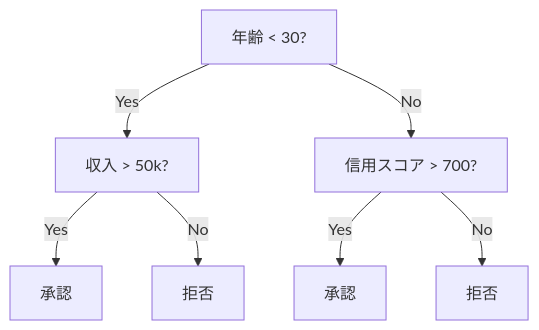
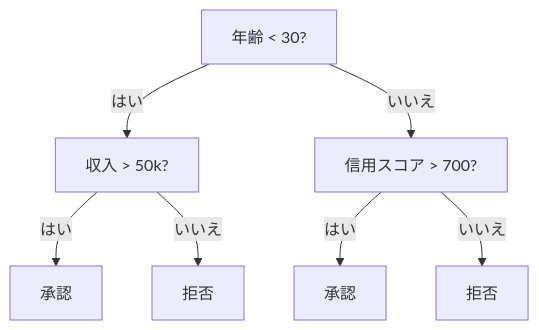
The first of 2 diagrams in content/phases/02-ml-fundamentals/04-decision-trees/lesson.ja.md (shoshoshomen/synapse-academy), drawn with Mermaid before and after one commit. The commit also changed 124 other files, not shown here.

First line of the commit message:
feat(i18n): mermaid図のラベルを日本語化(194レッスン/374図)

````diff
--- a/content/phases/02-ml-fundamentals/04-decision-trees/lesson.ja.md
+++ b/content/phases/02-ml-fundamentals/04-decision-trees/lesson.ja.md
@@ -27,9 +27,9 @@
 ```mermaid
 graph TD
-    A["年齢 < 30?"] -->|Yes| B["収入 > 50k?"]
-    A -->|No| C["信用スコア > 700?"]
-    B -->|Yes| D["承認"]
-    B -->|No| E["拒否"]
-    C -->|Yes| F["承認"]
-    C -->|No| G["拒否"]
+    A["年齢 < 30?"] -->|"はい"| B["収入 > 50k?"]
+    A -->|"いいえ"| C["信用スコア > 700?"]
+    B -->|"はい"| D["承認"]
+    B -->|"いいえ"| E["拒否"]
+    C -->|"はい"| F["承認"]
+    C -->|"いいえ"| G["拒否"]
 ```
````
